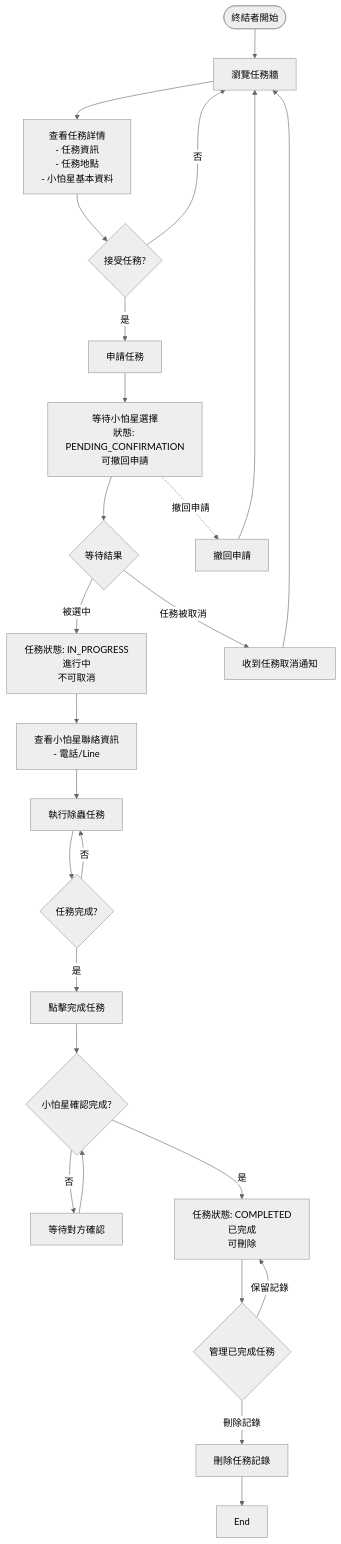
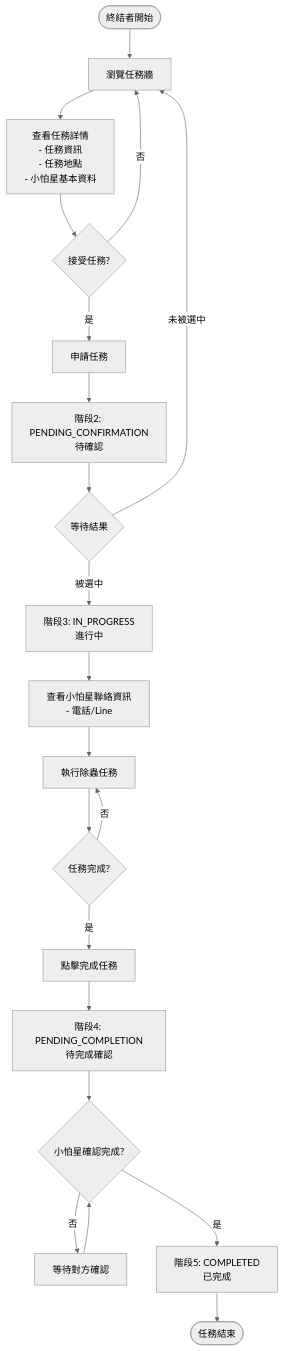
One commit to eriksun0310/bug119 changed the second of 3 diagrams in docs/business-logic/role-flow-charts.md. Above: the diagram before and after it, drawn with Mermaid (neutral theme). The commit also changed other lines of this file and 21 other files, not shown here.

````diff
--- a/docs/business-logic/role-flow-charts.md
+++ b/docs/business-logic/role-flow-charts.md
@@ -43,38 +34,30 @@
 ```mermaid
 flowchart TD
     Start([終結者開始]) --> BrowseTasks[瀏覽任務牆]
     BrowseTasks --> ViewTaskDetail[查看任務詳情<br/>- 任務資訊<br/>- 任務地點<br/>- 小怕星基本資料]
     
     ViewTaskDetail --> AcceptTask{接受任務?}
     AcceptTask -->|否| BrowseTasks
     AcceptTask -->|是| ApplyTask[申請任務]
     
-    ApplyTask --> PendingConfirmation[等待小怕星選擇<br/>狀態: PENDING_CONFIRMATION<br/>可撤回申請]
-    PendingConfirmation --> WaitResult{等待結果}
+    ApplyTask --> Stage2[階段2: PENDING_CONFIRMATION<br/>待確認]
+    Stage2 --> WaitResult{等待結果}
     
-    WaitResult -->|被選中| InProgress[任務狀態: IN_PROGRESS<br/>進行中<br/>不可取消]
-    WaitResult -->|任務被取消| TaskCancelled[收到任務取消通知]
+    WaitResult -->|被選中| Stage3[階段3: IN_PROGRESS<br/>進行中]
+    WaitResult -->|未被選中| BrowseTasks
     
-    TaskCancelled --> BrowseTasks
-    
-    InProgress --> ViewFearStarContact[查看小怕星聯絡資訊<br/>- 電話/Line]
+    Stage3 --> ViewFearStarContact[查看小怕星聯絡資訊<br/>- 電話/Line]
     
     ViewFearStarContact --> ExecuteTask[執行除蟲任務]
     ExecuteTask --> TaskDone{任務完成?}
     TaskDone -->|否| ExecuteTask
     TaskDone -->|是| ConfirmComplete[點擊完成任務]
     
-    ConfirmComplete --> WaitFearStarConfirm{小怕星確認完成?}
+    ConfirmComplete --> Stage4[階段4: PENDING_COMPLETION<br/>待完成確認]
+    Stage4 --> WaitFearStarConfirm{小怕星確認完成?}
     WaitFearStarConfirm -->|否| WaitingConfirmation[等待對方確認]
     WaitingConfirmation --> WaitFearStarConfirm
-    WaitFearStarConfirm -->|是| CompletedState[任務狀態: COMPLETED<br/>已完成<br/>可刪除]
+    WaitFearStarConfirm -->|是| Stage5[階段5: COMPLETED<br/>已完成]
     
-    CompletedState --> ManageCompleted{管理已完成任務}
-    ManageCompleted -->|刪除記錄| DeleteCompleted[刪除任務記錄]
-    ManageCompleted -->|保留記錄| CompletedState
-    
-    %% 異常流程
-    PendingConfirmation -.->|撤回申請| WithdrawApplication[撤回申請]
-    WithdrawApplication --> BrowseTasks
-    DeleteCompleted --> End
+    Stage5 --> End([任務結束])
 ```
````
